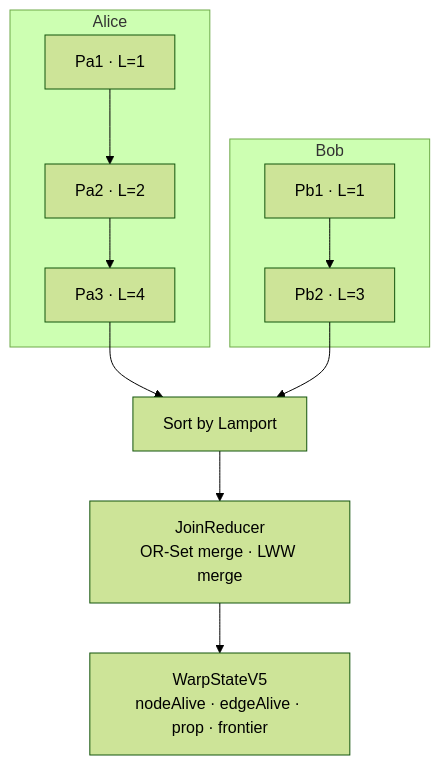
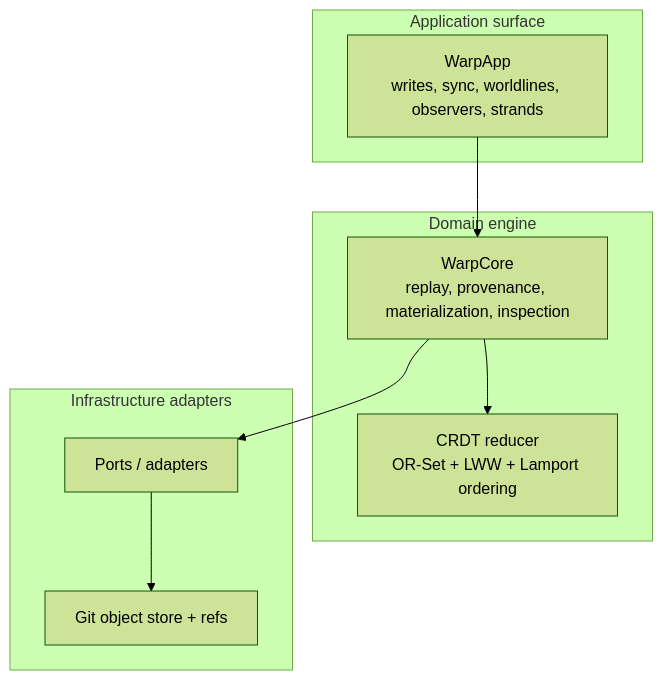
One commit to git-stunts/git-warp changed the diagram in README.md. Above: the diagram before and after it, drawn with Mermaid (forest theme). The commit also changed other lines of this file and 18 other files, not shown here.

````diff
--- a/README.md
+++ b/README.md
@@ -244,14 +45,21 @@
 ```mermaid
 flowchart TB
-    subgraph alice["Alice"]
-        pa1["Pa1 · L=1"] --> pa2["Pa2 · L=2"] --> pa3["Pa3 · L=4"]
+    subgraph app["Application surface"]
+        wa["WarpApp<br />writes, sync, worldlines, observers, strands"]
     end
 
-    subgraph bob["Bob"]
-        pb1["Pb1 · L=1"] --> pb2["Pb2 · L=3"]
+    subgraph domain["Domain engine"]
+        wc["WarpCore<br />replay, provenance, materialization, inspection"]
+        crdt["CRDT reducer<br />OR-Set + LWW + Lamport ordering"]
     end
 
-    pa3 & pb2 --> sort["Sort by Lamport"]
-    sort --> reducer["JoinReducer<br/>OR-Set merge · LWW merge"]
-    reducer --> state["WarpStateV5<br/>nodeAlive · edgeAlive · prop · frontier"]
+    subgraph infra["Infrastructure adapters"]
+        git["Git object store + refs"]
+        ports["Ports / adapters"]
+    end
+
+    wa --> wc
+    wc --> crdt
+    wc --> ports
+    ports --> git
 ```
````
